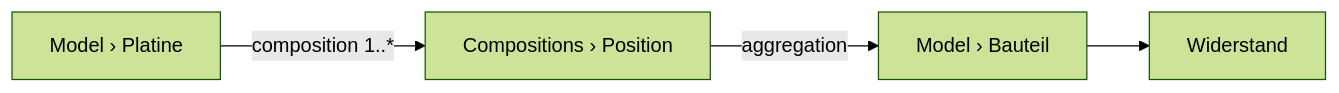
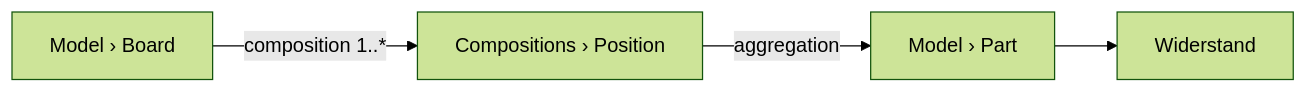
Before and after one commit to sfambach/wp-taxonomy-modeler: the first of 3 diagrams in docs/NewConcept/96-scenario-check.md, drawn with Mermaid (forest theme). The commit also changed other lines of this file and 7 other files, not shown here.

````diff
--- a/docs/NewConcept/96-scenario-check.md
+++ b/docs/NewConcept/96-scenario-check.md
@@ -25,6 +25,6 @@
 ```mermaid
 flowchart LR
-  P["Model › Platine"] -->|composition 1..*| POS["Compositions › Position"]
-  POS -->|aggregation| B["Model › Bauteil"]
+  P["Model › Board"] -->|composition 1..*| POS["Compositions › Position"]
+  POS -->|aggregation| B["Model › Part"]
   B --> W["Widerstand"]
 ```
````
